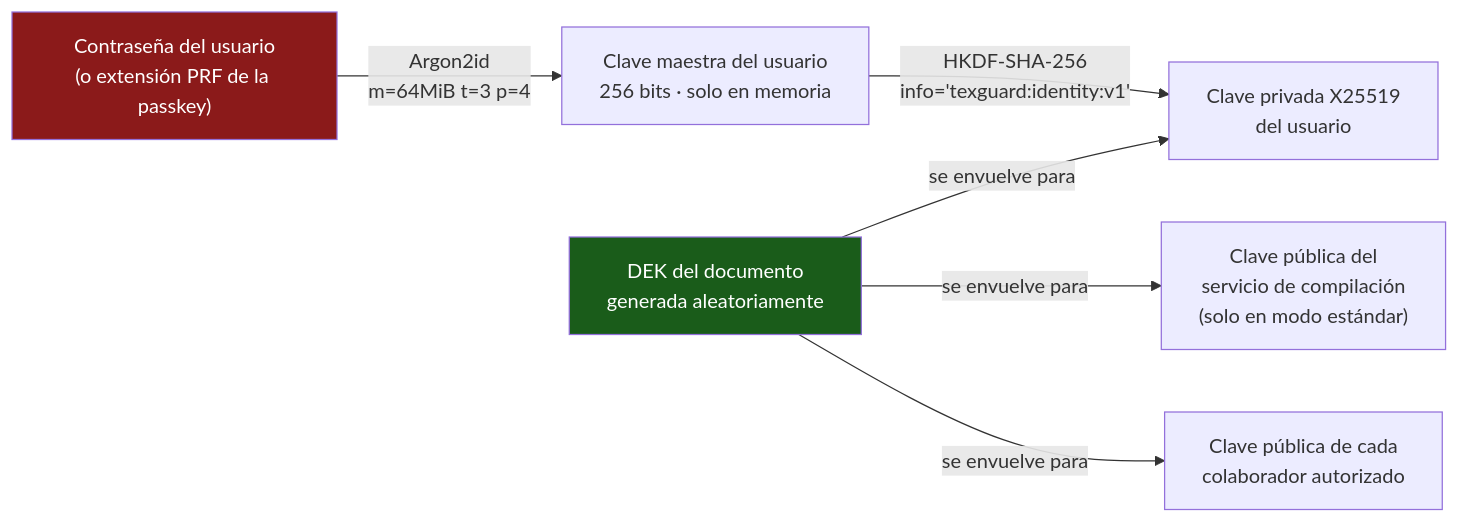
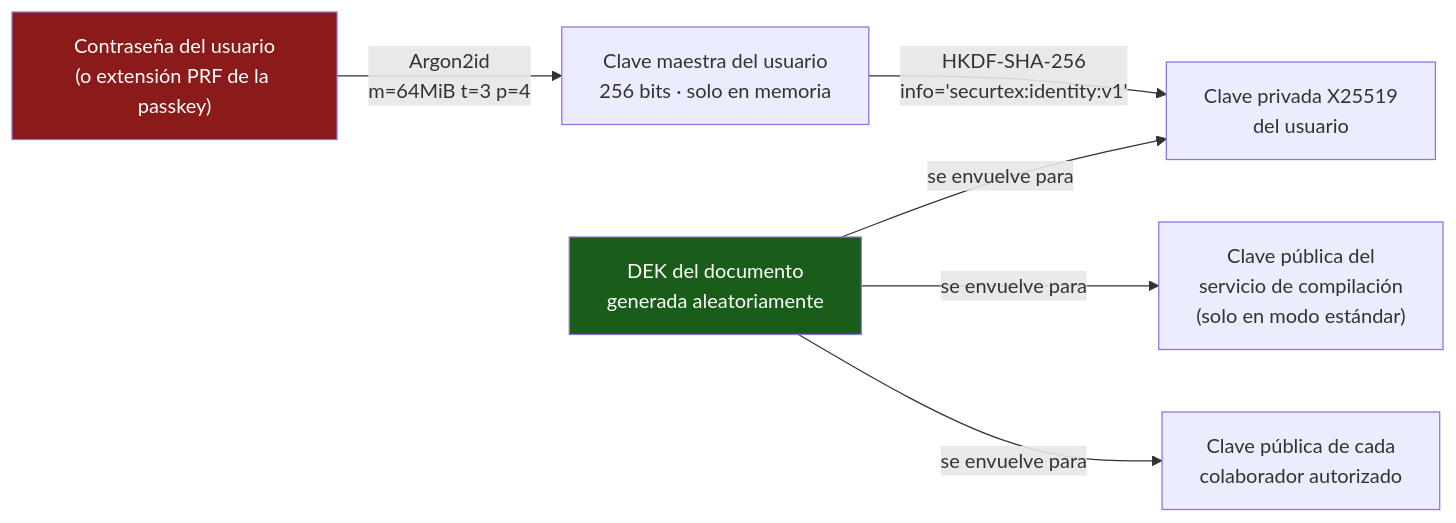
The second of 7 diagrams in docs/14-Criptografia-Multicapa.md (SecurTex-Devs/securetex), drawn with Mermaid before and after one commit. The commit also changed other lines of this file and 25 other files, not shown here.

````diff
--- a/docs/14-Criptografia-Multicapa.md
+++ b/docs/14-Criptografia-Multicapa.md
@@ -141,11 +141,11 @@
 ```mermaid
 graph LR
     PW["Contraseña del usuario<br/>(o extensión PRF de la passkey)"] -->|Argon2id<br/>m=64MiB t=3 p=4| MK["Clave maestra del usuario<br/>256 bits · solo en memoria"]
-    MK -->|HKDF-SHA-256<br/>info='texguard:identity:v1'| PRIV["Clave privada X25519<br/>del usuario"]
+    MK -->|HKDF-SHA-256<br/>info='securtex:identity:v1'| PRIV["Clave privada X25519<br/>del usuario"]
     DEK["DEK del documento<br/>generada aleatoriamente"] -->|se envuelve para| PRIV
     DEK -->|se envuelve para| SRV["Clave pública del<br/>servicio de compilación<br/>(solo en modo estándar)"]
     DEK -->|se envuelve para| COL["Clave pública de cada<br/>colaborador autorizado"]
 
     style PW fill:#8b1a1a,color:#fff
     style DEK fill:#1a5c1a,color:#fff
 ```
````
